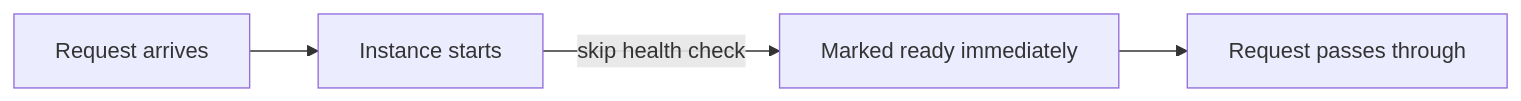
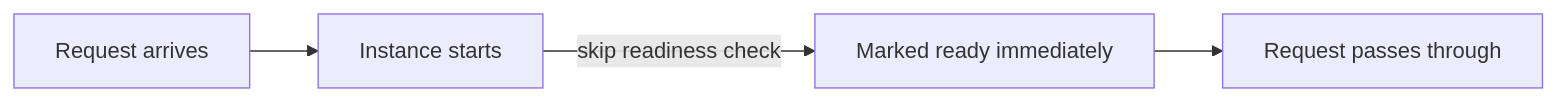
The diagram in docs/content/how-to-guides/readiness/ready-on-start.md (sablierapp/sablier), drawn with Mermaid before and after one commit. The commit also changed other lines of this file and 17 other files, not shown here.

````diff
--- a/docs/content/how-to-guides/readiness/ready-on-start.md
+++ b/docs/content/how-to-guides/readiness/ready-on-start.md
@@ -38,6 +23,6 @@
 ```mermaid
 flowchart LR
     request[Request arrives] --> start[Instance starts]
-    start -->|skip health check| ready[Marked ready immediately]
+    start -->|skip readiness check| ready[Marked ready immediately]
     ready --> pass[Request passes through]
 ```
````
